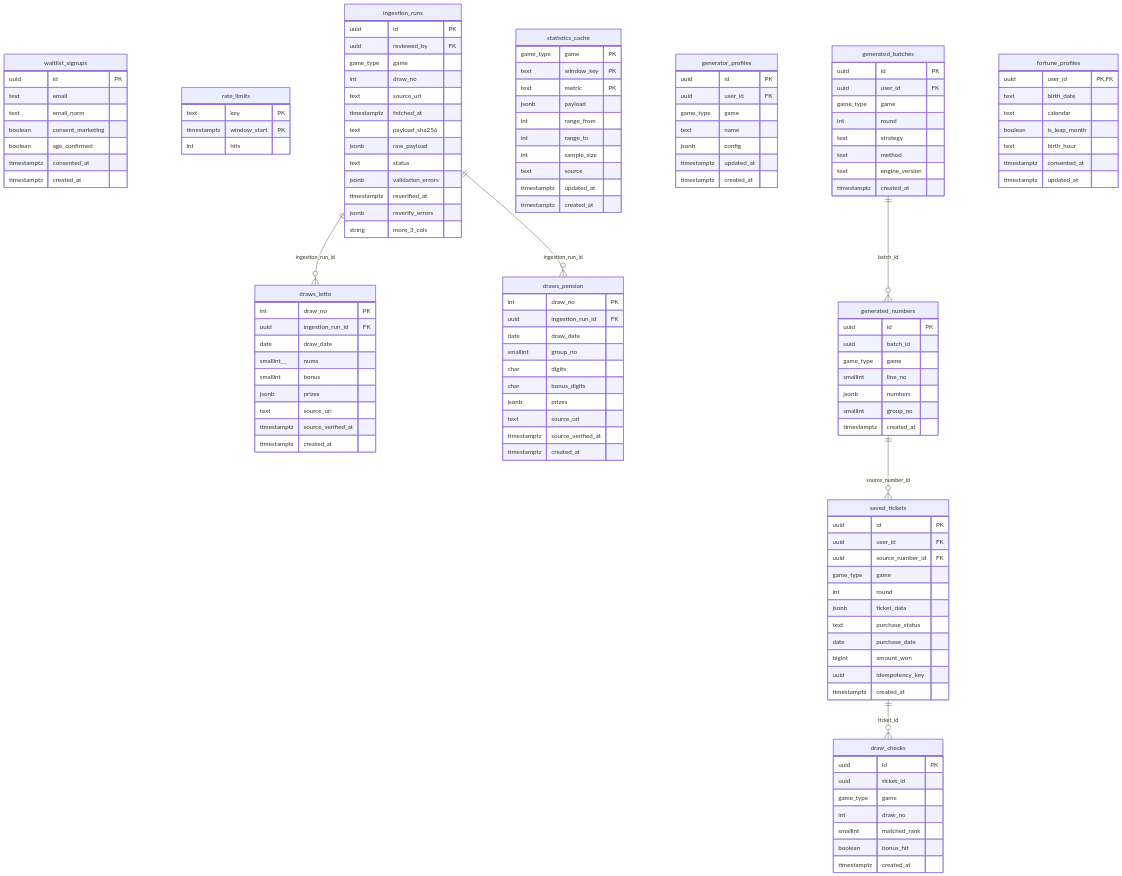
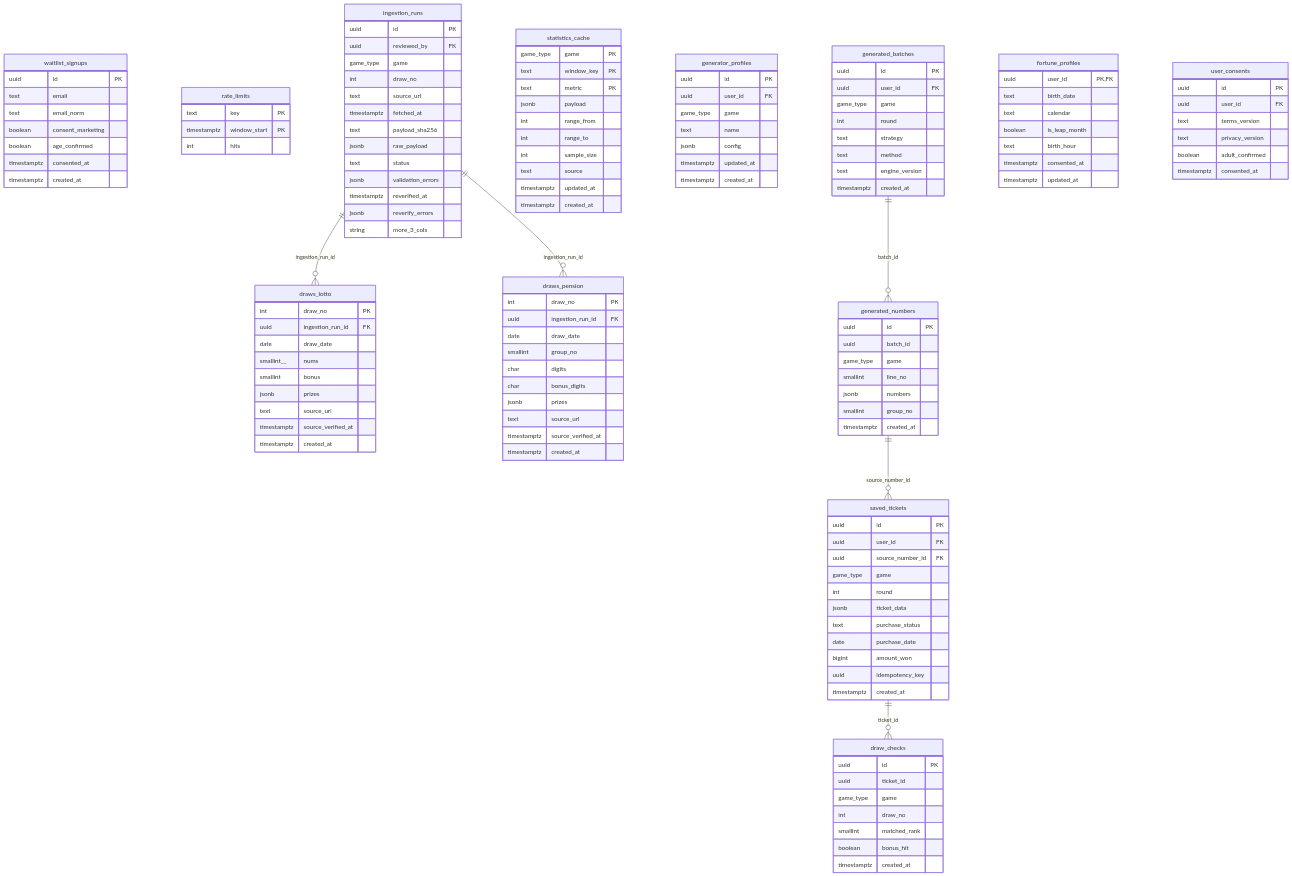
Before and after one commit to DevOps0906/LOTTO-LAB: the diagram in docs/diagrams/erd.mmd, drawn with Mermaid. The commit also changed 18 other files, not shown here.

First line of the commit message:
[task-043a] 인증 서버 설정·user_consents·계정 삭제 EF(A-20, 최근 재인증 10분)

```diff
--- a/docs/diagrams/erd.mmd
+++ b/docs/diagrams/erd.mmd
@@ -1,129 +1,137 @@
 erDiagram
   waitlist_signups {
     uuid id PK
     text email
     text email_norm
     boolean consent_marketing
     boolean age_confirmed
     timestamptz consented_at
     timestamptz created_at
   }
   rate_limits {
     text key PK
     timestamptz window_start PK
     int hits
   }
   ingestion_runs {
     uuid id PK
     uuid reviewed_by FK
     game_type game
     int draw_no
     text source_url
     timestamptz fetched_at
     text payload_sha256
     jsonb raw_payload
     text status
     jsonb validation_errors
     timestamptz reverified_at
     jsonb reverify_errors
     string more_3_cols
   }
   draws_lotto {
     int draw_no PK
     uuid ingestion_run_id FK
     date draw_date
     smallint__ nums
     smallint bonus
     jsonb prizes
     text source_url
     timestamptz source_verified_at
     timestamptz created_at
   }
   draws_pension {
     int draw_no PK
     uuid ingestion_run_id FK
     date draw_date
     smallint group_no
     char digits
     char bonus_digits
     jsonb prizes
     text source_url
     timestamptz source_verified_at
     timestamptz created_at
   }
   statistics_cache {
     game_type game PK
     text window_key PK
     text metric PK
     jsonb payload
     int range_from
     int range_to
     int sample_size
     text source
     timestamptz updated_at
     timestamptz created_at
   }
   generator_profiles {
     uuid id PK
     uuid user_id FK
     game_type game
     text name
     jsonb config
     timestamptz updated_at
     timestamptz created_at
   }
   generated_batches {
     uuid id PK
     uuid user_id FK
     game_type game
     int round
     text strategy
     text method
     text engine_version
     timestamptz created_at
   }
   generated_numbers {
     uuid id PK
     uuid batch_id
     game_type game
     smallint line_no
     jsonb numbers
     smallint group_no
     timestamptz created_at
   }
   saved_tickets {
     uuid id PK
     uuid user_id FK
     uuid source_number_id FK
     game_type game
     int round
     jsonb ticket_data
     text purchase_status
     date purchase_date
     bigint amount_won
     uuid idempotency_key
     timestamptz created_at
   }
   draw_checks {
     uuid id PK
     uuid ticket_id
     game_type game
     int draw_no
     smallint matched_rank
     boolean bonus_hit
     timestamptz created_at
   }
   fortune_profiles {
     uuid user_id PK,FK
     text birth_date
     text calendar
     boolean is_leap_month
     text birth_hour
     timestamptz consented_at
     timestamptz updated_at
   }
+  user_consents {
+    uuid id PK
+    uuid user_id FK
+    text terms_version
+    text privacy_version
+    boolean adult_confirmed
+    timestamptz consented_at
+  }
   ingestion_runs ||--o{ draws_lotto : "ingestion_run_id"
   ingestion_runs ||--o{ draws_pension : "ingestion_run_id"
   generated_batches ||--o{ generated_numbers : "batch_id"
   generated_numbers ||--o{ saved_tickets : "source_number_id"
   saved_tickets ||--o{ draw_checks : "ticket_id"
```
